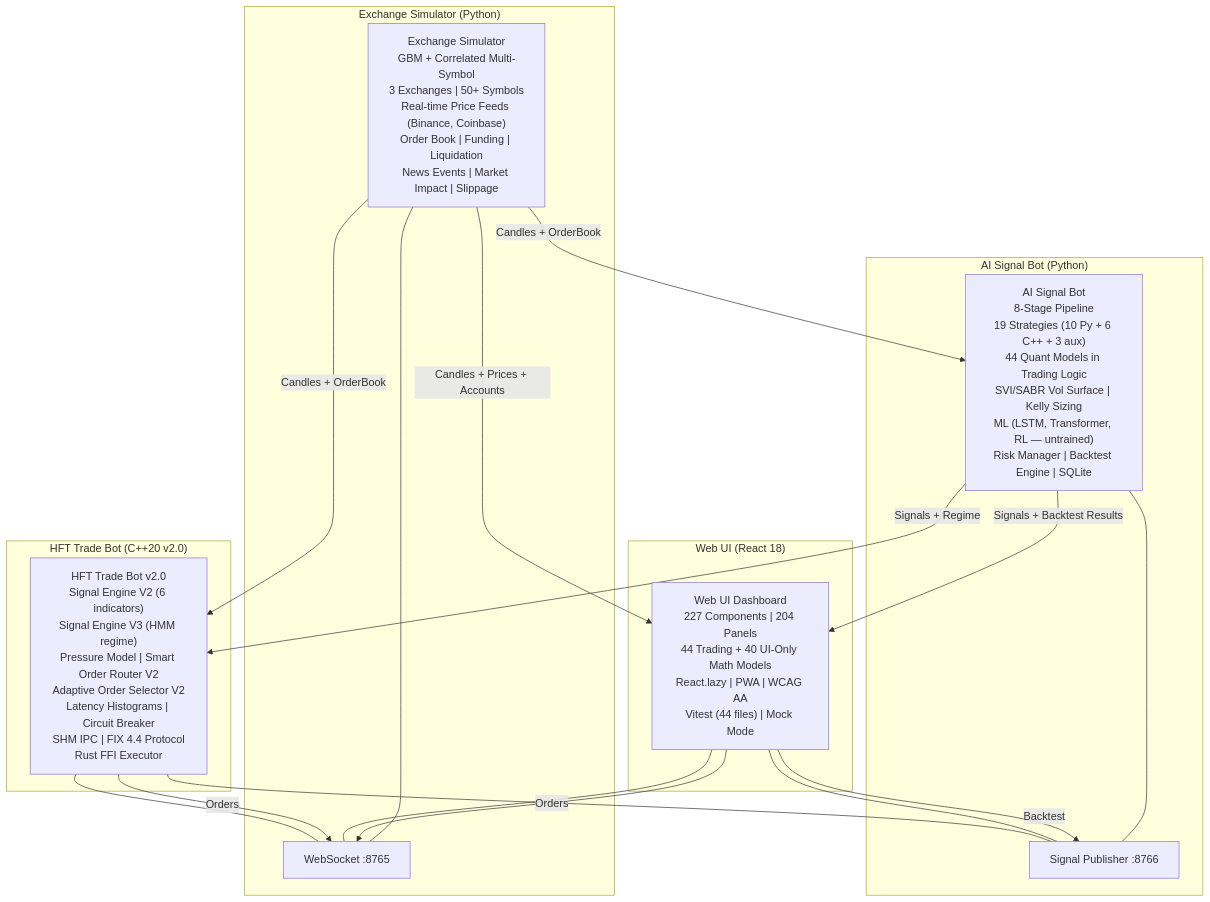
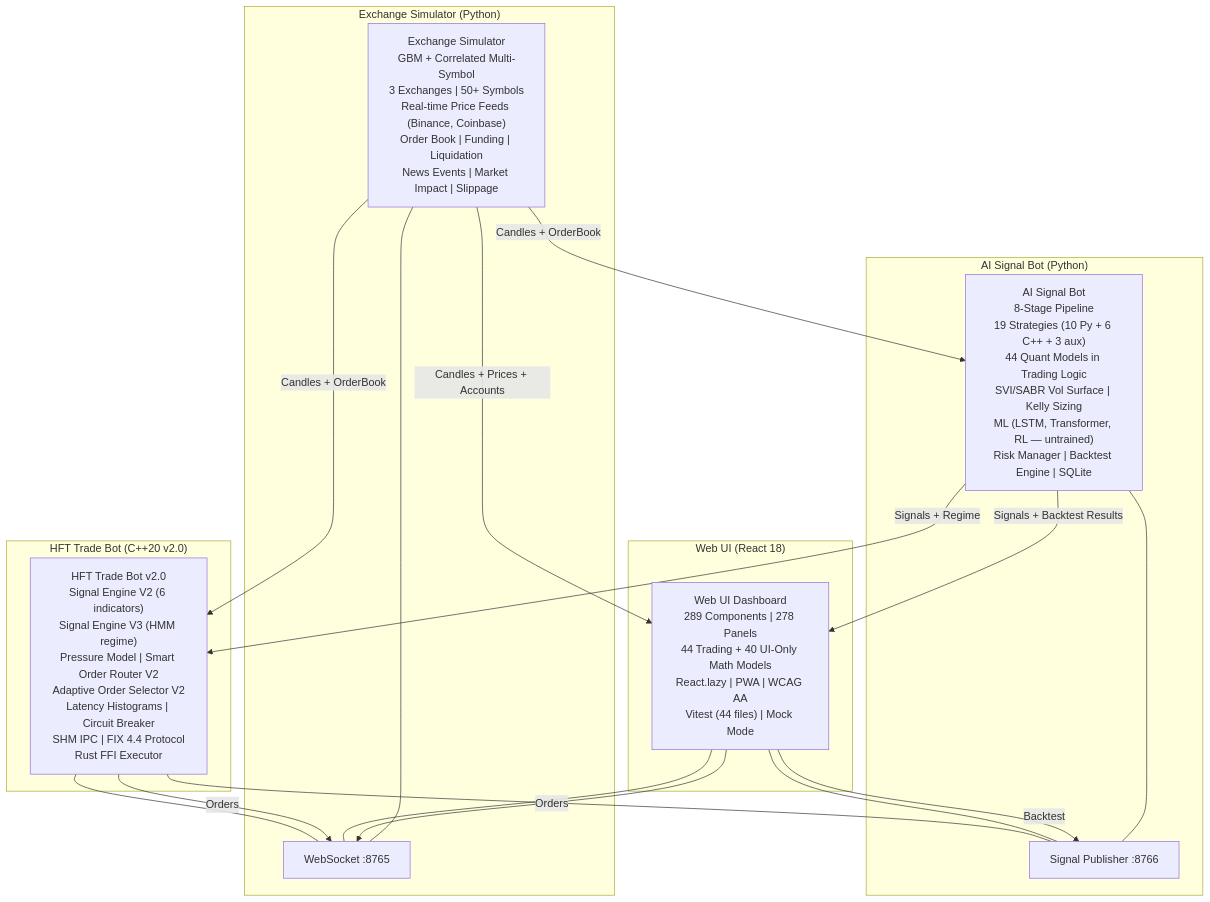
Before and after one commit to ezpectus/HFT-trading-simulator: the diagram in docs/ARCHITECTURE.md, drawn with Mermaid. The commit also changed other lines of this file and 4 other files, not shown here.

````diff
--- a/docs/ARCHITECTURE.md
+++ b/docs/ARCHITECTURE.md
@@ -71,35 +71,35 @@
 ```mermaid
 graph TB
     subgraph "Exchange Simulator (Python)"
         ES["Exchange Simulator<br/>GBM + Correlated Multi-Symbol<br/>3 Exchanges | 50+ Symbols<br/>Real-time Price Feeds (Binance, Coinbase)<br/>Order Book | Funding | Liquidation<br/>News Events | Market Impact | Slippage"]
         WS8765[WebSocket :8765]
         WS8765 --- ES
     end
 
     subgraph "AI Signal Bot (Python)"
         AI["AI Signal Bot<br/>8-Stage Pipeline<br/>19 Strategies (10 Py + 6 C++ + 3 aux)<br/>44 Quant Models in Trading Logic<br/>SVI/SABR Vol Surface | Kelly Sizing<br/>ML (LSTM, Transformer, RL — untrained)<br/>Risk Manager | Backtest Engine | SQLite"]
         WS8766[Signal Publisher :8766]
         WS8766 --- AI
     end
 
     subgraph "HFT Trade Bot (C++20 v2.0)"
         HFT["HFT Trade Bot v2.0<br/>Signal Engine V2 (6 indicators)<br/>Signal Engine V3 (HMM regime)<br/>Pressure Model | Smart Order Router V2<br/>Adaptive Order Selector V2<br/>Latency Histograms | Circuit Breaker<br/>SHM IPC | FIX 4.4 Protocol<br/>Rust FFI Executor"]
         HFT --- WS8765
         HFT --- WS8766
         HFT -->|Orders| WS8765
     end
 
     subgraph "Web UI (React 18)"
-        UI["Web UI Dashboard<br/>227 Components | 204 Panels<br/>44 Trading + 40 UI-Only Math Models<br/>React.lazy | PWA | WCAG AA<br/>Vitest (44 files) | Mock Mode"]
+        UI["Web UI Dashboard<br/>289 Components | 278 Panels<br/>44 Trading + 40 UI-Only Math Models<br/>React.lazy | PWA | WCAG AA<br/>Vitest (44 files) | Mock Mode"]
         UI --- WS8765
         UI --- WS8766
         UI -->|Orders| WS8765
         UI -->|Backtest| WS8766
     end
 
     ES -->|Candles + OrderBook| AI
     ES -->|Candles + OrderBook| HFT
     ES -->|Candles + Prices + Accounts| UI
     AI -->|Signals + Regime| HFT
     AI -->|Signals + Backtest Results| UI
 ```
````
